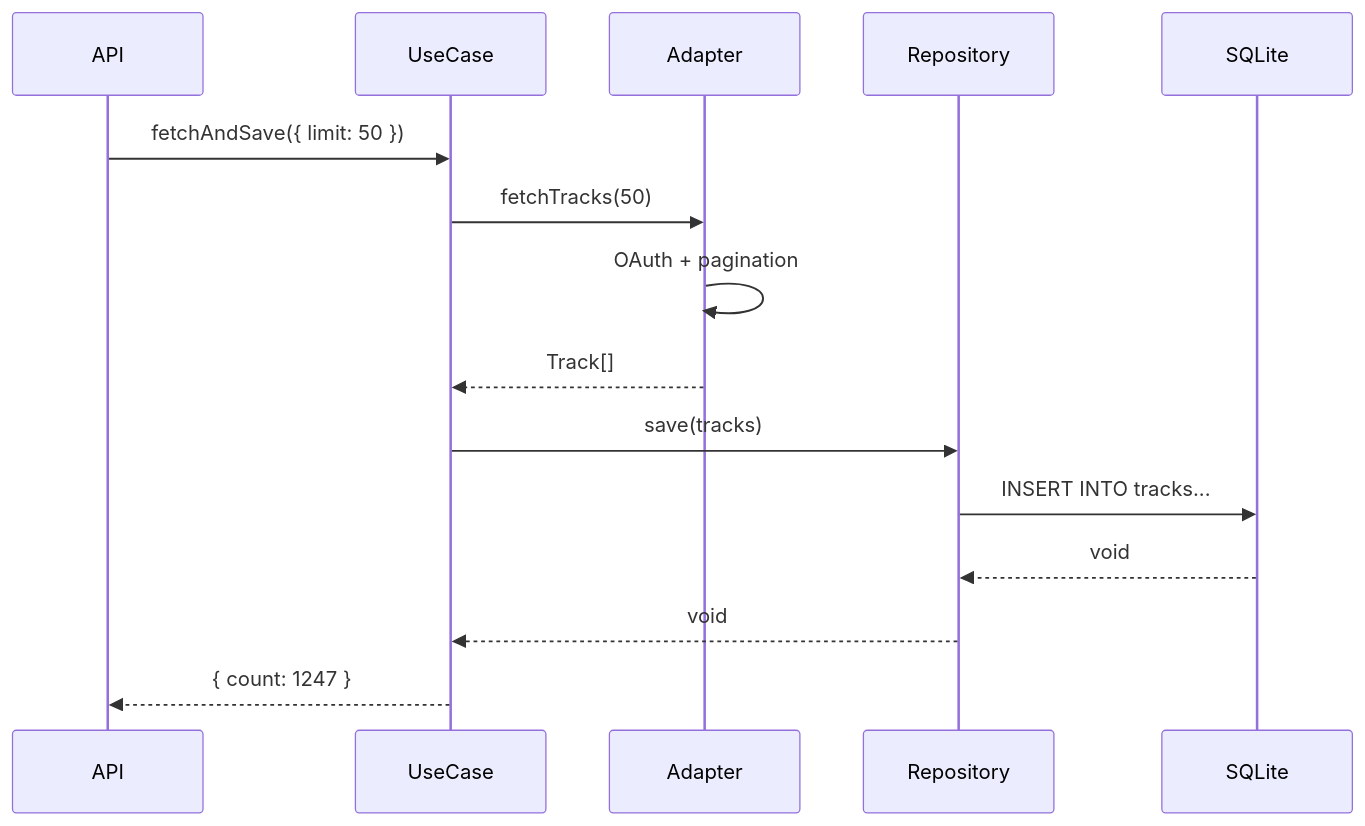
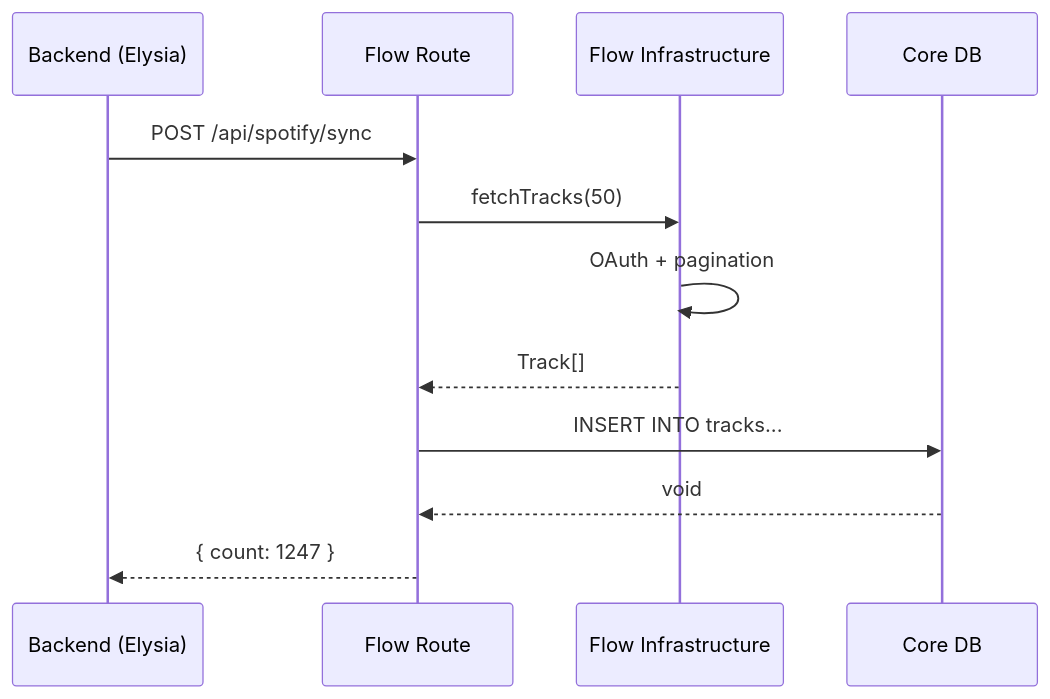
One commit to jorgesalica/flow-sample changed the diagram in docs/architecture/backend.md. Above: the diagram before and after it, drawn with Mermaid. The commit also changed other lines of this file and 5 other files, not shown here.

Commit message:
feat: Establish a modular backend architecture using Bounded Contexts (Flows) and introduce the Trading Bot flow with comprehensive documentation.

````diff
--- a/docs/architecture/backend.md
+++ b/docs/architecture/backend.md
@@ -143,18 +51,15 @@
 ```mermaid
 sequenceDiagram
-    participant API
-    participant UseCase
-    participant Adapter
-    participant Repository
-    participant SQLite
+    participant API as Backend (Elysia)
+    participant Route as Flow Route
+    participant Adapter as Flow Infrastructure
+    participant SQLite as Core DB
 
-    API->>UseCase: fetchAndSave({ limit: 50 })
-    UseCase->>Adapter: fetchTracks(50)
+    API->>Route: POST /api/spotify/sync
+    Route->>Adapter: fetchTracks(50)
     Adapter->>Adapter: OAuth + pagination
-    Adapter-->>UseCase: Track[]
-    UseCase->>Repository: save(tracks)
-    Repository->>SQLite: INSERT INTO tracks...
-    SQLite-->>Repository: void
-    Repository-->>UseCase: void
-    UseCase-->>API: { count: 1247 }
+    Adapter-->>Route: Track[]
+    Route->>SQLite: INSERT INTO tracks...
+    SQLite-->>Route: void
+    Route-->>API: { count: 1247 }
 ```
````
